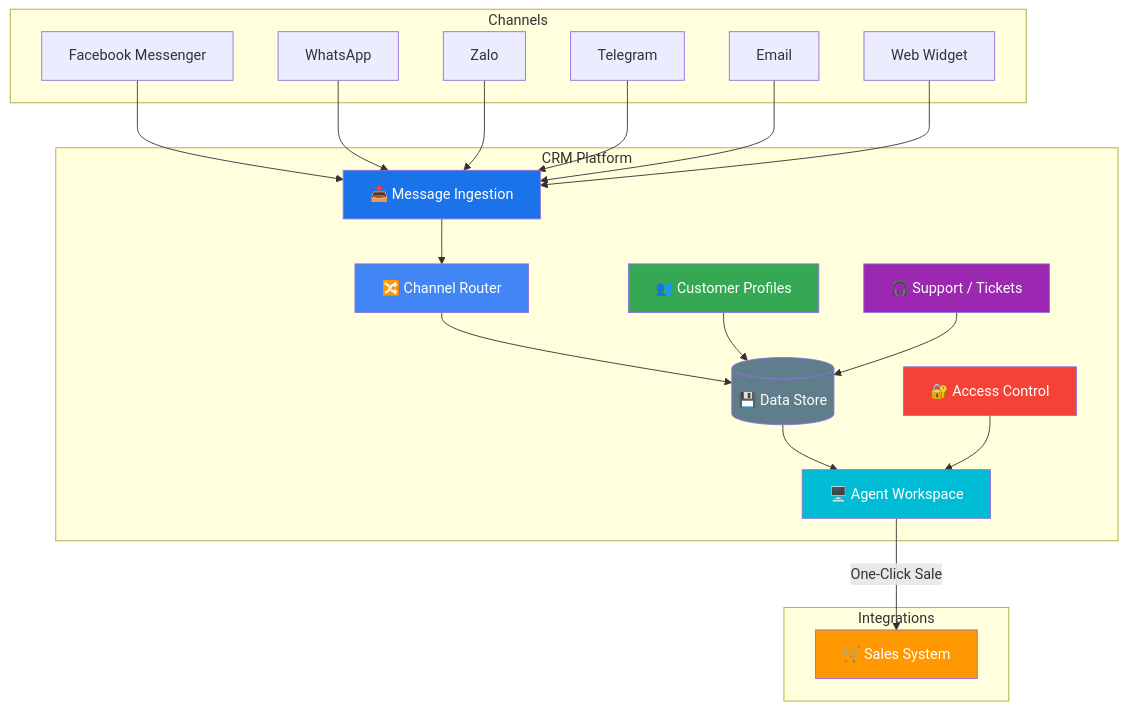
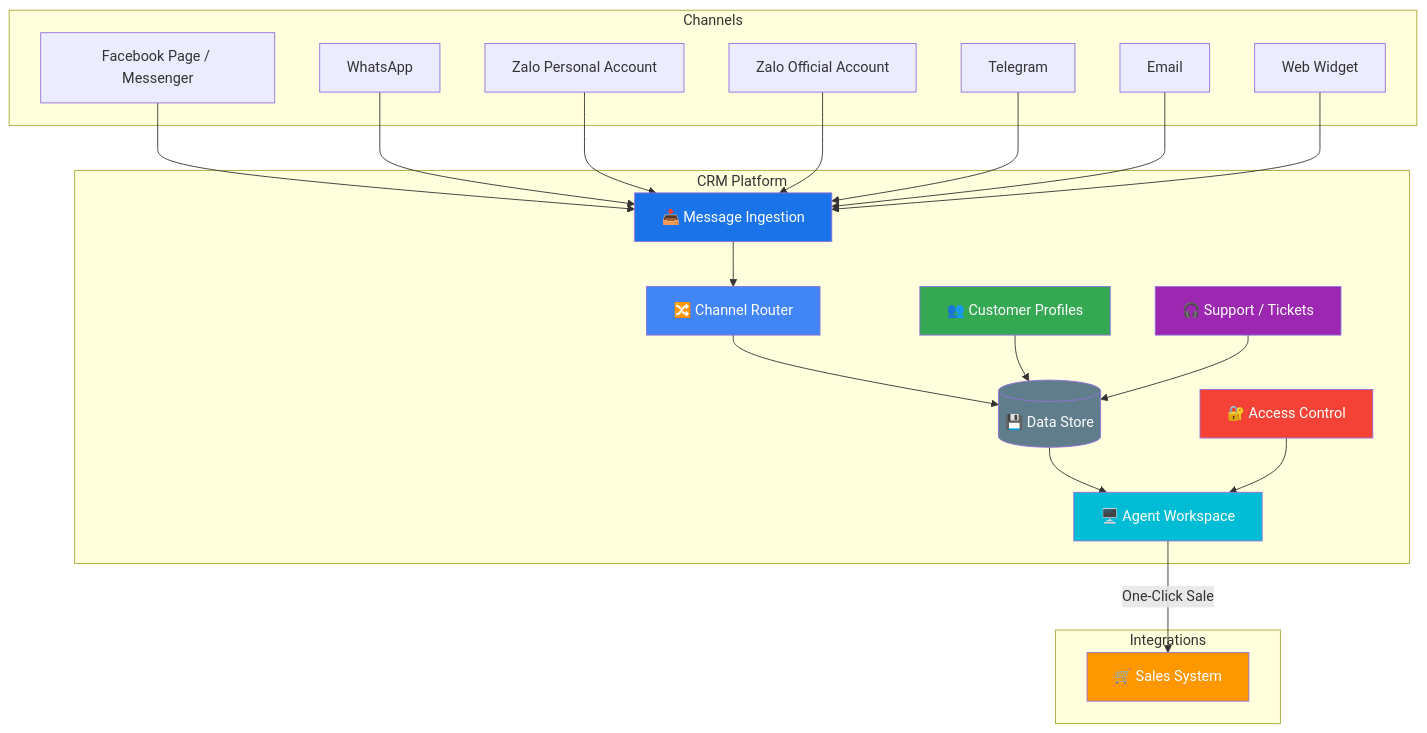
The third of 3 diagrams in products/crm/README.md (b-platform-vn/docs--business-requirements), drawn with Mermaid before and after one commit. The commit also changed other lines of this file and 18 other files, not shown here.

````diff
--- a/products/crm/README.md
+++ b/products/crm/README.md
@@ -112,43 +135,44 @@
 ```mermaid
 graph TD
     subgraph Channels
-        FB[Facebook Messenger]
+        FB[Facebook Page / Messenger]
         WA[WhatsApp]
-        ZL[Zalo]
+        ZP[Zalo Personal Account]
+        ZO[Zalo Official Account]
         TG[Telegram]
         EM[Email]
         WW[Web Widget]
     end
 
     subgraph CRM Platform
         Ingest[📥 Message Ingestion]
         Router[🔀 Channel Router]
         Profile[👥 Customer Profiles]
         Support[🎧 Support / Tickets]
         Store[(💾 Data Store)]
         Auth[🔐 Access Control]
         UI[🖥️ Agent Workspace]
     end
 
     subgraph Integrations
         Sales[🛒 Sales System]
     end
 
-    FB & WA & ZL & TG & EM & WW --> Ingest
+    FB & WA & ZP & ZO & TG & EM & WW --> Ingest
     Ingest --> Router
     Router --> Store
     Profile --> Store
     Support --> Store
     Store --> UI
     Auth --> UI
     UI -->|One-Click Sale| Sales
 
     style Ingest fill:#1a73e8,color:#fff
     style Router fill:#4285f4,color:#fff
     style Profile fill:#34a853,color:#fff
     style Support fill:#9C27B0,color:#fff
     style Store fill:#607D8B,color:#fff
     style Auth fill:#F44336,color:#fff
     style UI fill:#00BCD4,color:#fff
     style Sales fill:#FF9800,color:#fff
 ```
````
